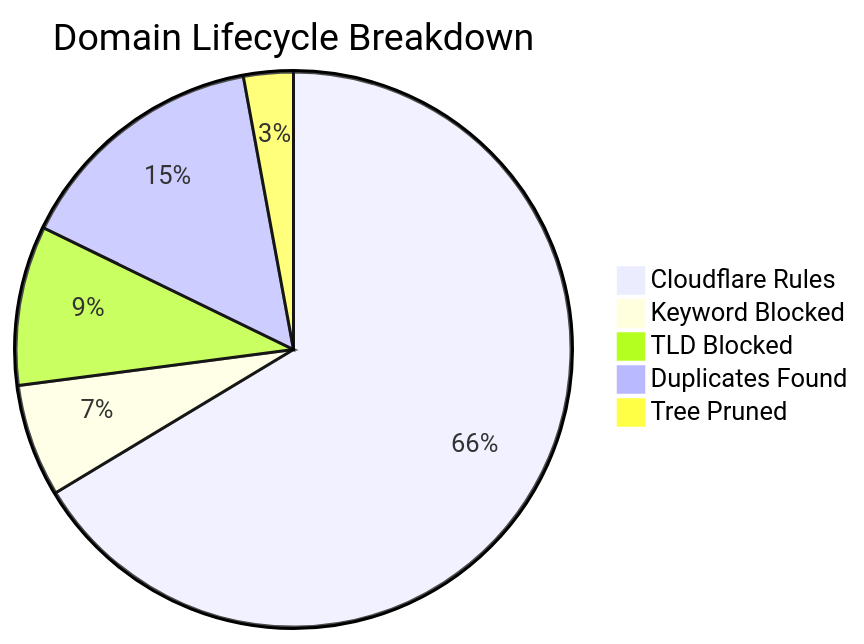
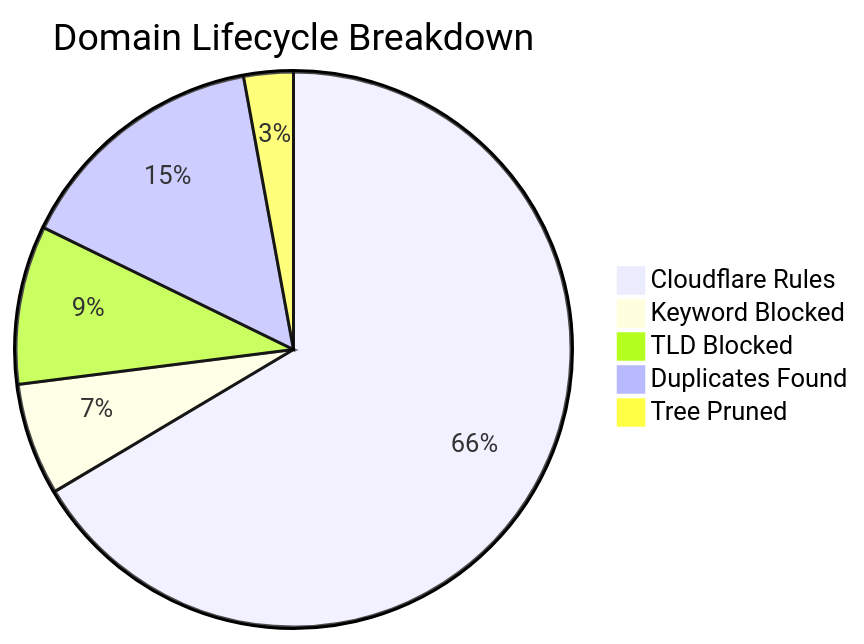
Before and after one commit to brojangles24/Cloudflare-ZeroTrust-AdBlock: the diagram in README_STATS.md, drawn with Mermaid. The commit also changed other lines of this file and 1 other file, not shown here.

````diff
--- a/README_STATS.md
+++ b/README_STATS.md
@@ -5,8 +5,8 @@
 ```mermaid
 pie title Domain Lifecycle Breakdown
-    "Cloudflare Rules" : 279818
-    "Keyword Blocked" : 27636
-    "TLD Blocked" : 39139
-    "Duplicates Found" : 62791
-    "Tree Pruned" : 12201
+    "Cloudflare Rules" : 281230
+    "Keyword Blocked" : 27646
+    "TLD Blocked" : 39066
+    "Duplicates Found" : 63014
+    "Tree Pruned" : 12204
 ```
````
